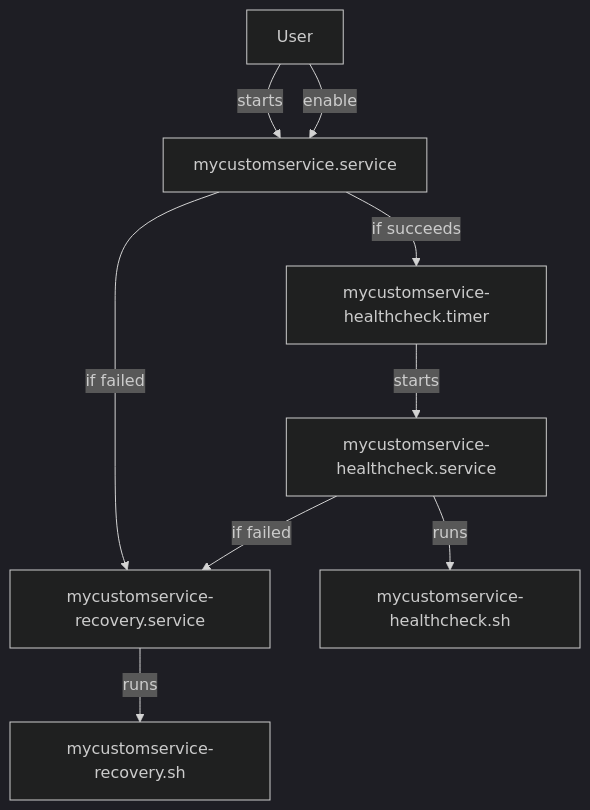
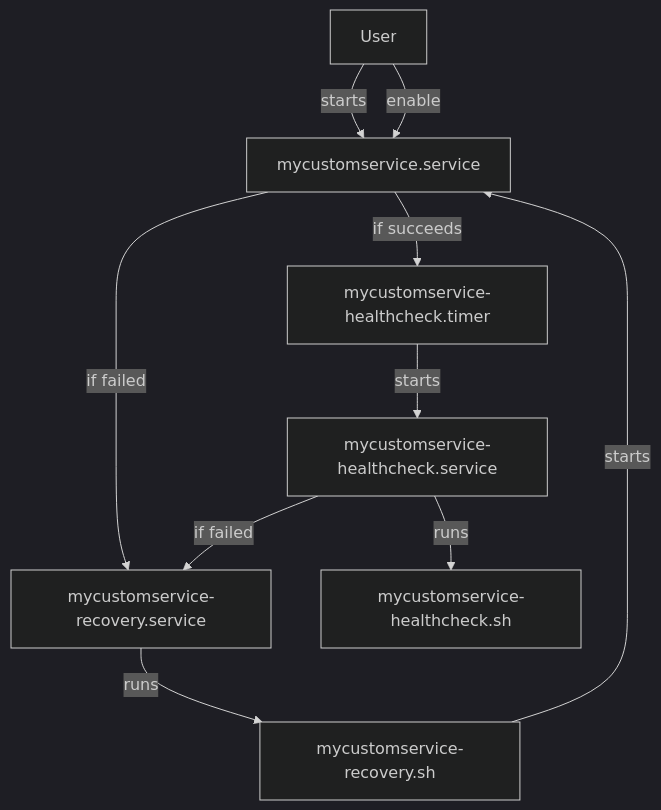
One commit to globalillo/systemd-self-healing changed the diagram in README.md. Above: the diagram before and after it, drawn with Mermaid (dark theme).

Commit message:
docs: link recovery script to main service

````diff
--- a/README.md
+++ b/README.md
@@ -9,11 +9,12 @@
 ```mermaid
 flowchart TD
     User-->|starts|mycustomservice.service
     User-->|enable|mycustomservice.service
     mycustomservice.service-->|if failed|mycustomservice-recovery.service
     mycustomservice.service-->|if succeeds|mycustomservice-healthcheck.timer
     mycustomservice-healthcheck.timer-->|starts|mycustomservice-healthcheck.service
     mycustomservice-healthcheck.service-->|runs|mycustomservice-healthcheck.sh
     mycustomservice-healthcheck.service-->|if failed|mycustomservice-recovery.service
     mycustomservice-recovery.service-->|runs|mycustomservice-recovery.sh
+    mycustomservice-recovery.sh-->|starts|mycustomservice.service
 ```
````
